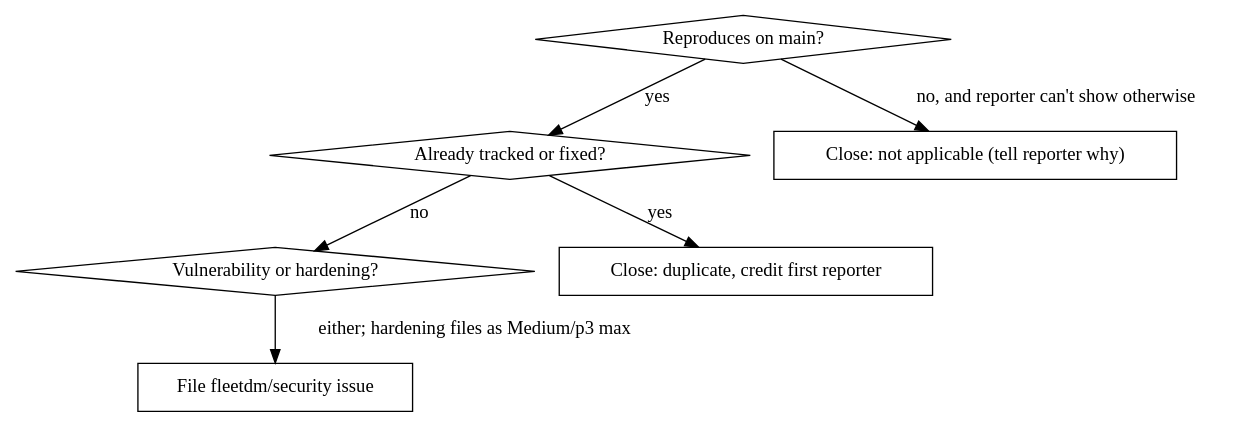
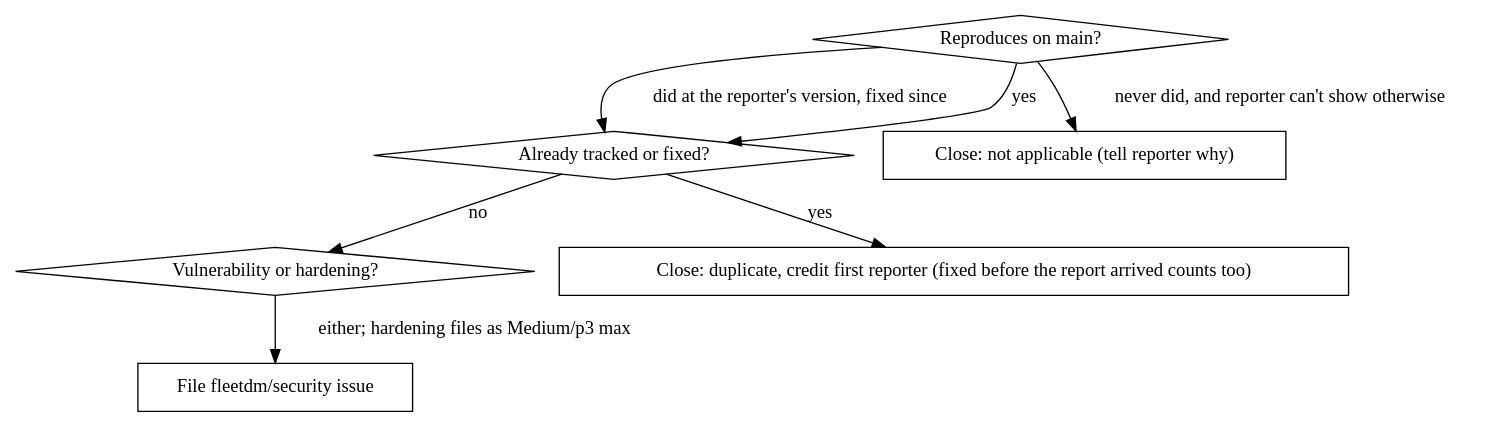
Before and after one commit to fleetdm/fleet: the diagram in .claude/skills/security-triage/SKILL.md, drawn with Graphviz. The commit also changed other lines of this file and 3 other files, not shown here.

````diff
--- a/.claude/skills/security-triage/SKILL.md
+++ b/.claude/skills/security-triage/SKILL.md
@@ -40,15 +41,16 @@
 ```dot
 digraph route {
   "Reproduces on main?" [shape=diamond];
   "Already tracked or fixed?" [shape=diamond];
   "Vulnerability or hardening?" [shape=diamond];
   "Close: not applicable (tell reporter why)" [shape=box];
-  "Close: duplicate, credit first reporter" [shape=box];
+  "Close: duplicate, credit first reporter (fixed before the report arrived counts too)" [shape=box];
   "File fleetdm/security issue" [shape=box];
-  "Reproduces on main?" -> "Close: not applicable (tell reporter why)" [label="no, and reporter can't show otherwise"];
+  "Reproduces on main?" -> "Close: not applicable (tell reporter why)" [label="never did, and reporter can't show otherwise"];
+  "Reproduces on main?" -> "Already tracked or fixed?" [label="did at the reporter's version, fixed since"];
   "Reproduces on main?" -> "Already tracked or fixed?" [label="yes"];
-  "Already tracked or fixed?" -> "Close: duplicate, credit first reporter" [label="yes"];
+  "Already tracked or fixed?" -> "Close: duplicate, credit first reporter (fixed before the report arrived counts too)" [label="yes"];
   "Already tracked or fixed?" -> "Vulnerability or hardening?" [label="no"];
   "Vulnerability or hardening?" -> "File fleetdm/security issue" [label="either; hardening files as Medium/p3 max"];
 }
 ```
````
